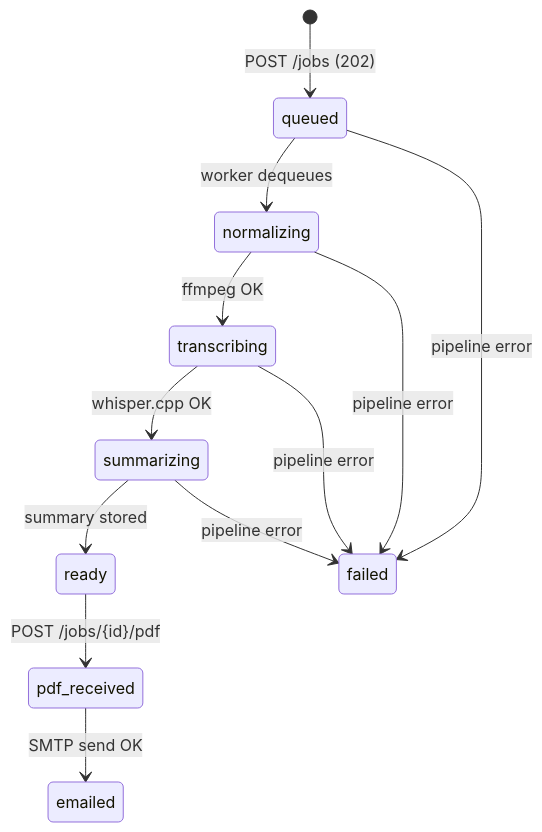
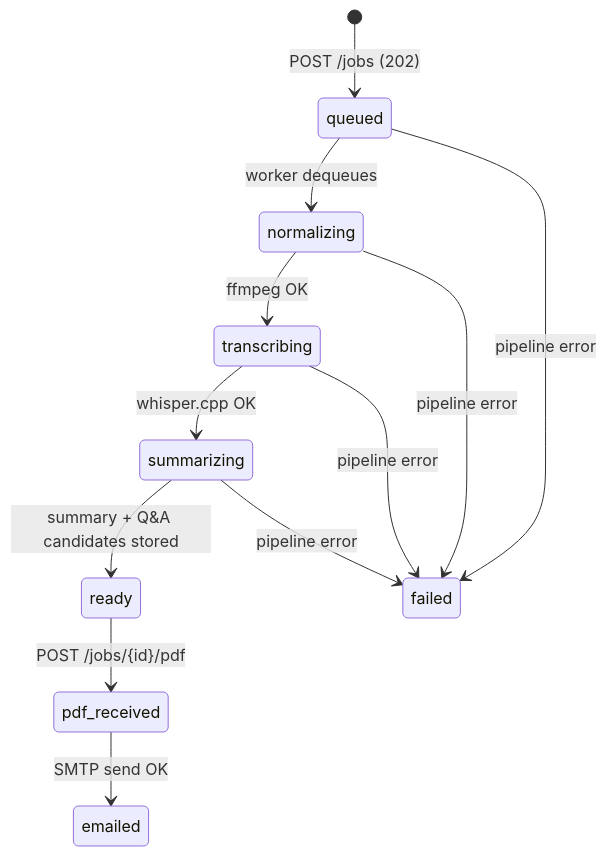
One commit to kaiharimoto/Meeting-Master changed the second of 2 diagrams in docs/ARCHITECTURE.md. Above: the diagram before and after it, drawn with Mermaid. The commit also changed other lines of this file and 22 other files, not shown here.

````diff
--- a/docs/ARCHITECTURE.md
+++ b/docs/ARCHITECTURE.md
@@ -85,14 +85,14 @@
 ```mermaid
 stateDiagram-v2
     [*] --> queued: POST /jobs (202)
     queued --> normalizing: worker dequeues
     normalizing --> transcribing: ffmpeg OK
     transcribing --> summarizing: whisper.cpp OK
-    summarizing --> ready: summary stored
+    summarizing --> ready: summary + Q&A candidates stored
     ready --> pdf_received: POST /jobs/{id}/pdf
     pdf_received --> emailed: SMTP send OK
     queued --> failed: pipeline error
     normalizing --> failed: pipeline error
     transcribing --> failed: pipeline error
     summarizing --> failed: pipeline error
 ```
````
